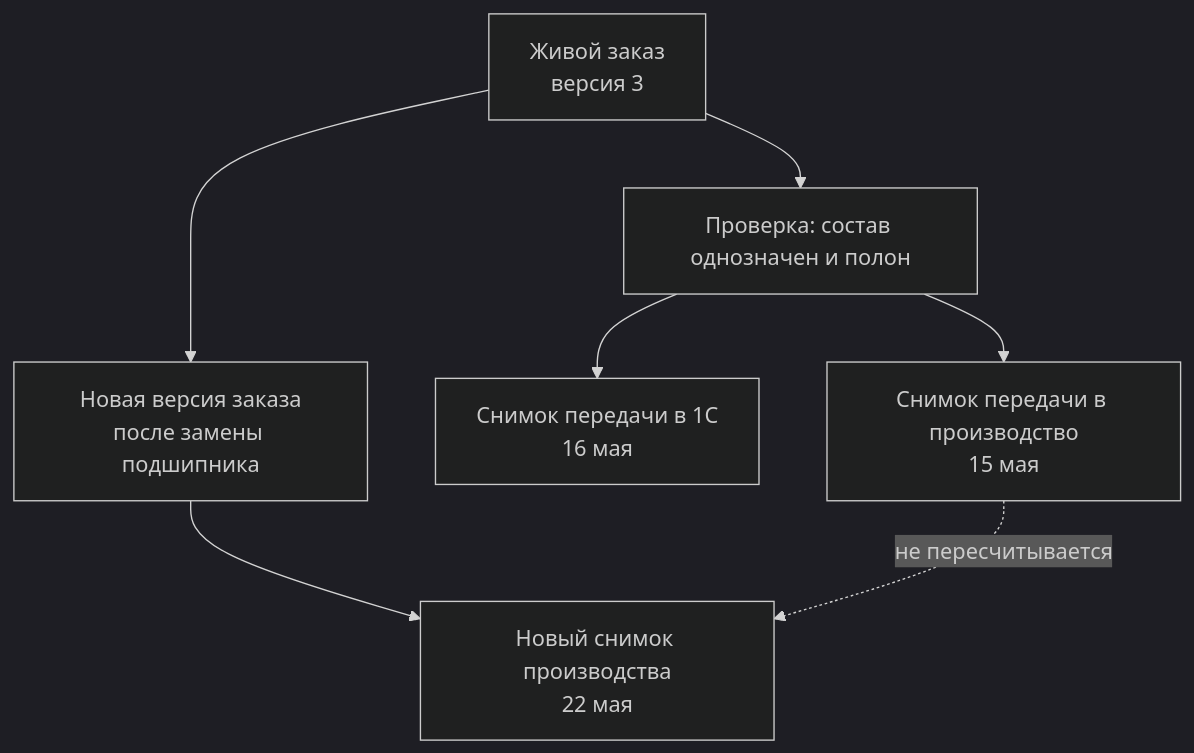
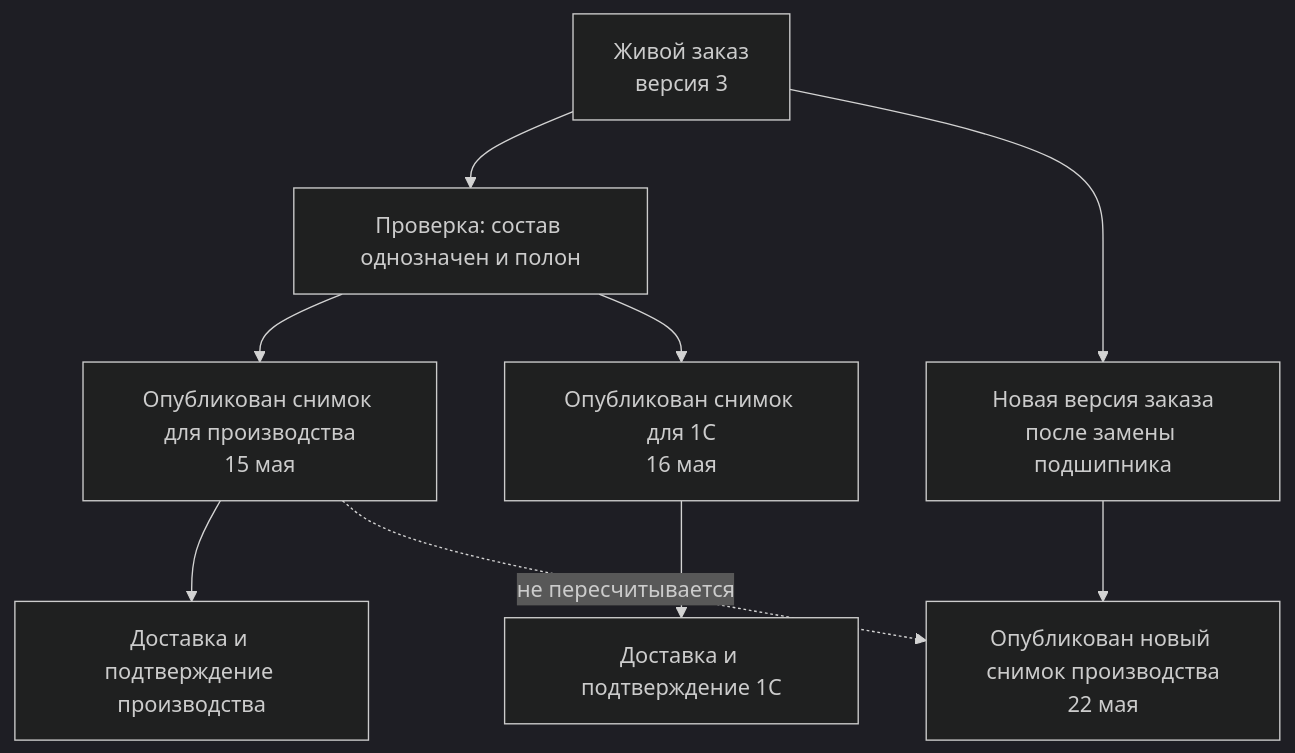
Before and after one commit to ZelAnton/Interlink-product-book: the diagram in wiki/Order-exact-publication.md, drawn with Mermaid (dark theme). The commit also changed other lines of this file and 67 other files, not shown here.

````diff
--- a/wiki/Order-exact-publication.md
+++ b/wiki/Order-exact-publication.md
@@ -11,9 +11,11 @@
 ```mermaid
 flowchart TD
-    A["Живой заказ\nверсия 3"] --> B["Проверка: состав однозначен и полон"]
-    B --> C["Снимок передачи в производство\n15 мая"]
-    B --> D["Снимок передачи в 1С\n16 мая"]
-    A --> E["Новая версия заказа\nпосле замены подшипника"]
-    E --> F["Новый снимок производства\n22 мая"]
+    A["Живой заказ<br/>версия 3"] --> B["Проверка: состав однозначен и полон"]
+    B --> C["Опубликован снимок для производства<br/>15 мая"]
+    C --> C1["Доставка и подтверждение производства"]
+    B --> D["Опубликован снимок для 1С<br/>16 мая"]
+    D --> D1["Доставка и подтверждение 1С"]
+    A --> E["Новая версия заказа<br/>после замены подшипника"]
+    E --> F["Опубликован новый снимок производства<br/>22 мая"]
     C -.->|"не пересчитывается"| F
 ```
````
